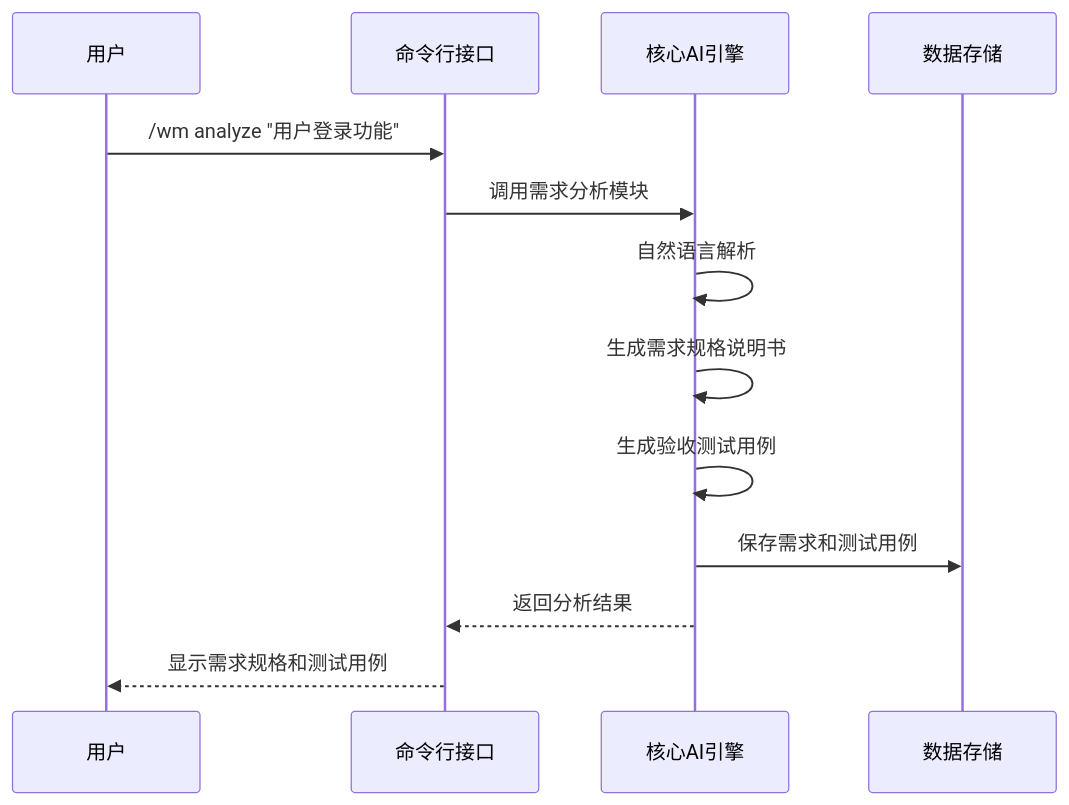
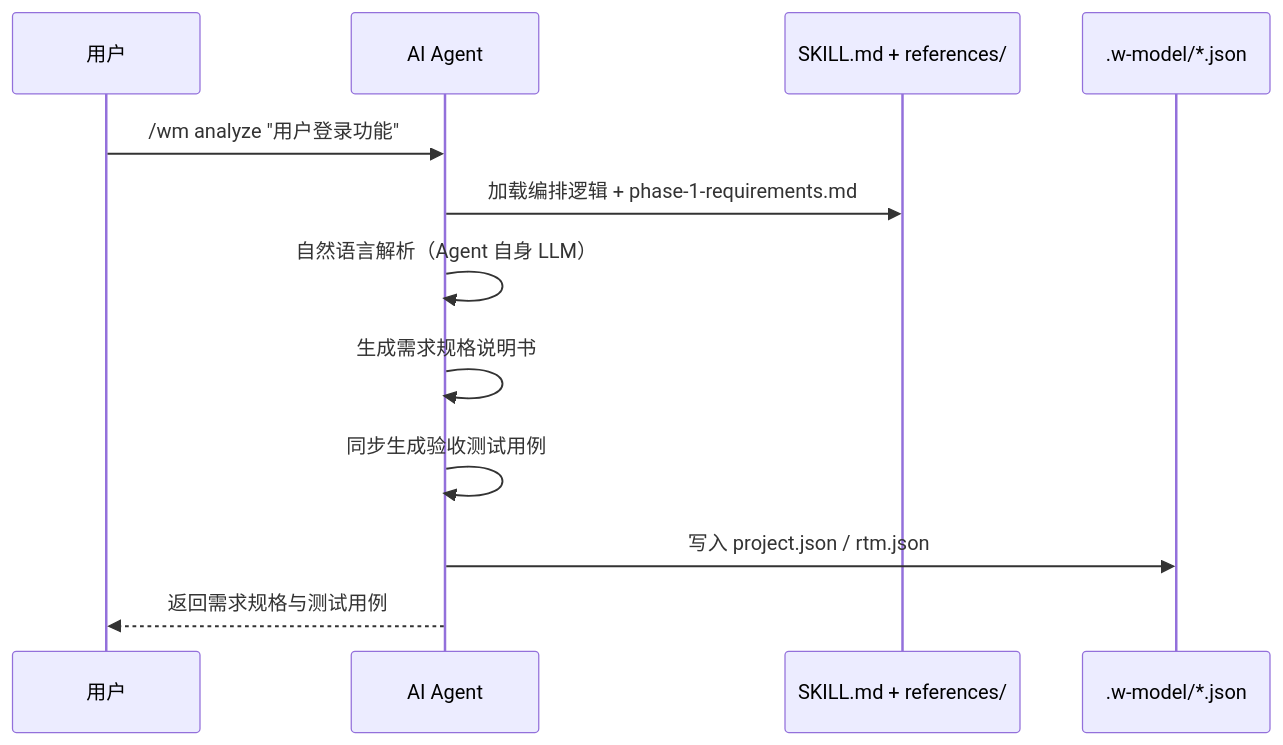
One commit to WangHHY19931001/Software_Engineering_W_Development_Model_Skills_Pack changed the fourth of 12 diagrams in docs/skill-design-document_SSoT.md. Above: the diagram before and after it, drawn with Mermaid. The commit also changed other lines of this file and 28 other files, not shown here.

````diff
--- a/docs/skill-design-document_SSoT.md
+++ b/docs/skill-design-document_SSoT.md
@@ -521,16 +523,15 @@
 ```mermaid
 sequenceDiagram
     participant User as 用户
-    participant CLI as 命令行接口
-    participant Core as 核心AI引擎
-    participant DB as 数据存储
-    
-    User->>CLI: /wm analyze "用户登录功能"
-    CLI->>Core: 调用需求分析模块
-    Core->>Core: 自然语言解析
-    Core->>Core: 生成需求规格说明书
-    Core->>Core: 生成验收测试用例
-    Core->>DB: 保存需求和测试用例
-    Core-->>CLI: 返回分析结果
-    CLI-->>User: 显示需求规格和测试用例
+    participant Agent as AI Agent
+    participant SKILL as SKILL.md + references/
+    participant Store as .w-model/*.json
+
+    User->>Agent: /wm analyze "用户登录功能"
+    Agent->>SKILL: 加载编排逻辑 + phase-1-requirements.md
+    Agent->>Agent: 自然语言解析（Agent 自身 LLM）
+    Agent->>Agent: 生成需求规格说明书
+    Agent->>Agent: 同步生成验收测试用例
+    Agent->>Store: 写入 project.json / rtm.json
+    Agent-->>User: 返回需求规格与测试用例
 ```
````
